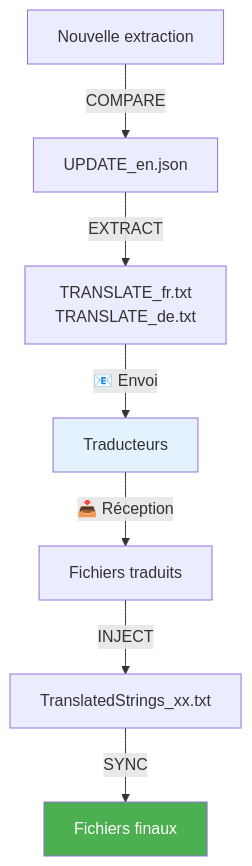
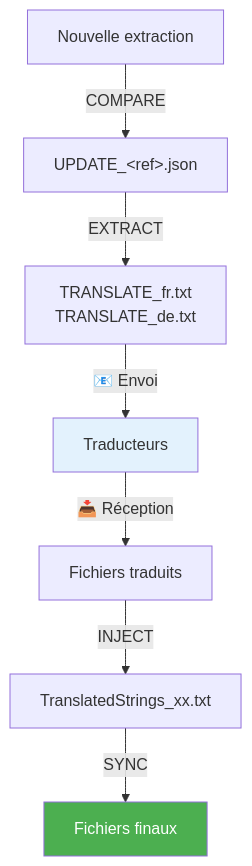
Before and after one commit to Gotcha26/Adobe_Lightroom_Translation_Plugins_Kit: the tenth of 10 diagrams in tools/translator/__doc__/fr/Translator_fr.md, drawn with Mermaid. The commit also changed other lines of this file and 28 other files, not shown here.

````diff
--- a/tools/translator/__doc__/fr/Translator_fr.md
+++ b/tools/translator/__doc__/fr/Translator_fr.md
@@ -339,12 +339,12 @@
 ```mermaid
 flowchart TD
-    A["Nouvelle extraction"] -->|COMPARE| B["UPDATE_en.json"]
+    A["Nouvelle extraction"] -->|COMPARE| B["UPDATE_&lt;ref&gt;.json"]
     B -->|EXTRACT| C["TRANSLATE_fr.txt<br/>TRANSLATE_de.txt"]
     C -->|"📧 Envoi"| D["Traducteurs"]
     D -->|"📥 Réception"| E["Fichiers traduits"]
     E -->|INJECT| F["TranslatedStrings_xx.txt"]
     F -->|SYNC| G["Fichiers finaux"]
 
     style D fill:#E3F2FD
     style G fill:#4CAF50,color:#fff
 ```
````
